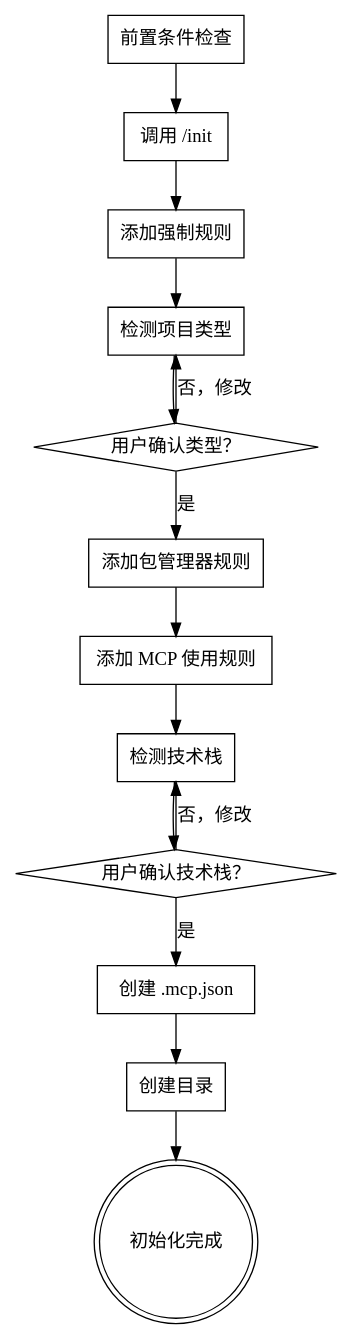
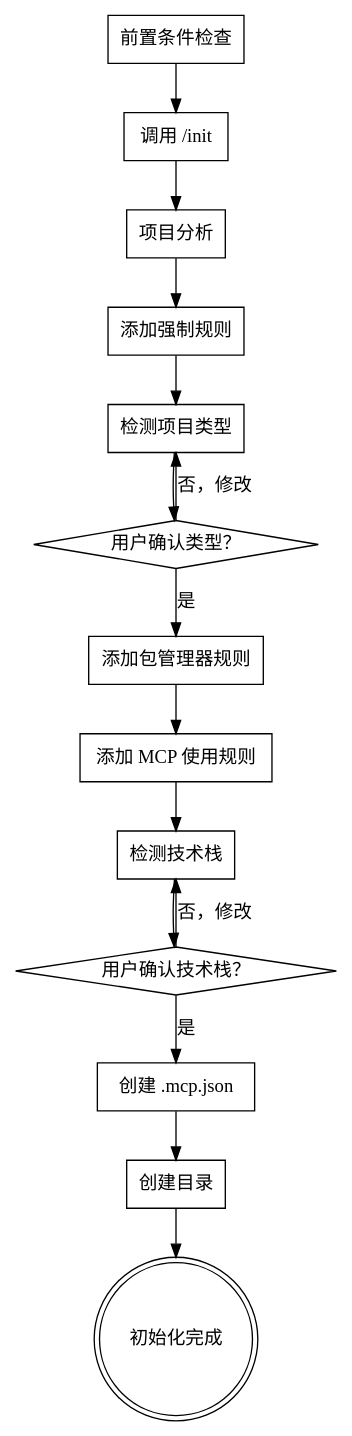
Before and after one commit to ymm512/Cadence-skills: the diagram in skills/cadencing/SKILL.md, drawn with Graphviz. The commit also changed other lines of this file and 11 other files, not shown here.

````diff
--- a/skills/cadencing/SKILL.md
+++ b/skills/cadencing/SKILL.md
@@ -77,30 +79,32 @@
 ```dot
 digraph cadencing {
     "前置条件检查" [shape=box];
     "调用 /init" [shape=box];
+    "项目分析" [shape=box];
     "添加强制规则" [shape=box];
     "检测项目类型" [shape=box];
     "用户确认类型？" [shape=diamond];
     "添加包管理器规则" [shape=box];
     "添加 MCP 使用规则" [shape=box];
     "检测技术栈" [shape=box];
     "用户确认技术栈？" [shape=diamond];
     "创建 .mcp.json" [shape=box];
     "创建目录" [shape=box];
     "初始化完成" [shape=doublecircle];
 
     "前置条件检查" -> "调用 /init";
-    "调用 /init" -> "添加强制规则";
+    "调用 /init" -> "项目分析";
+    "项目分析" -> "添加强制规则";
     "添加强制规则" -> "检测项目类型";
     "检测项目类型" -> "用户确认类型？";
     "用户确认类型？" -> "检测项目类型" [label="否，修改"];
     "用户确认类型？" -> "添加包管理器规则" [label="是"];
     "添加包管理器规则" -> "添加 MCP 使用规则";
     "添加 MCP 使用规则" -> "检测技术栈";
     "检测技术栈" -> "用户确认技术栈？";
     "用户确认技术栈？" -> "检测技术栈" [label="否，修改"];
     "用户确认技术栈？" -> "创建 .mcp.json" [label="是"];
     "创建 .mcp.json" -> "创建目录";
     "创建目录" -> "初始化完成";
 }
 ```
````
